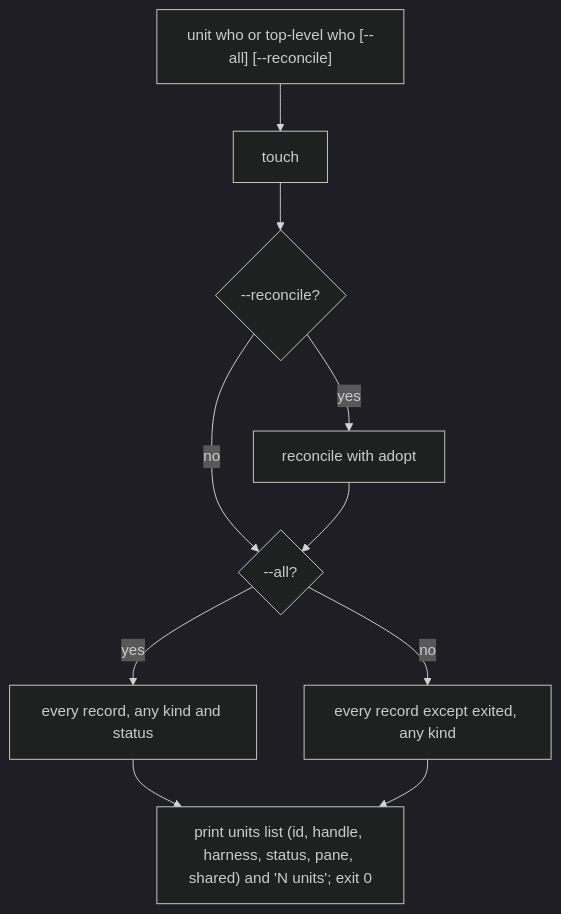
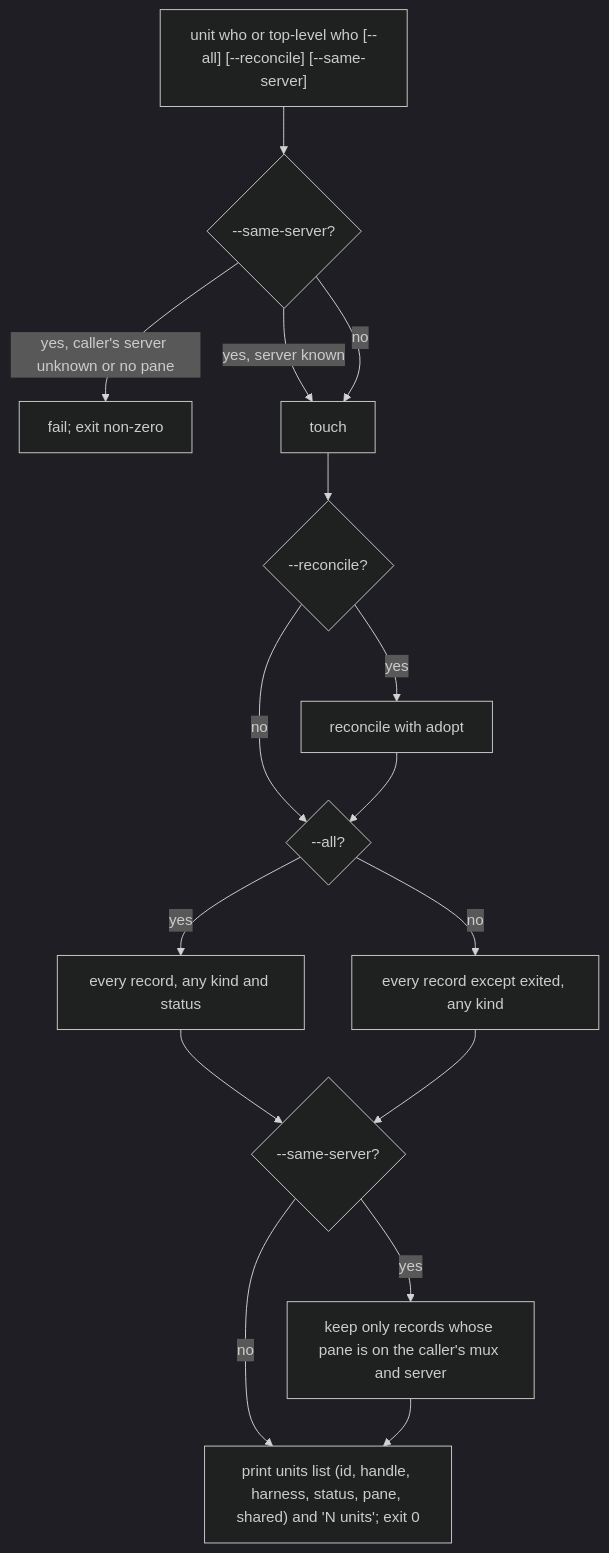
Before and after one commit to cyberuni/cyberlegion: the seventh of 13 diagrams in packages/cyberlegion/.agents/spec/unit/registry/README.md, drawn with Mermaid (dark theme). The commit also changed other lines of this file and 15 other files, not shown here.

First line of the commit message:
feat: record the multiplexer server on a unit's pane record (#241)

````diff
--- a/packages/cyberlegion/.agents/spec/unit/registry/README.md
+++ b/packages/cyberlegion/.agents/spec/unit/registry/README.md
@@ -639,12 +658,18 @@
 ```mermaid
 graph TD
-  WH0["unit who or top-level who [--all] [--reconcile]"] --> WH1["touch"]
+  WH0["unit who or top-level who [--all] [--reconcile] [--same-server]"] --> WHS{"--same-server?"}
+  WHS -- "yes, caller's server unknown or no pane" --> WHF["fail; exit non-zero"]
+  WHS -- "yes, server known" --> WH1
+  WHS -- no --> WH1["touch"]
   WH1 --> WH2{"--reconcile?"}
   WH2 -- yes --> WH2R["reconcile with adopt"]
   WH2 -- no --> WH3
   WH2R --> WH3{"--all?"}
   WH3 -- yes --> WH4["every record, any kind and status"]
   WH3 -- no --> WH5["every record except exited, any kind"]
-  WH4 --> WH6["print units list (id, handle, harness, status, pane, shared) and 'N units'; exit 0"]
-  WH5 --> WH6
+  WH4 --> WHK{"--same-server?"}
+  WH5 --> WHK
+  WHK -- yes --> WHL["keep only records whose pane is on the caller's mux and server"]
+  WHK -- no --> WH6["print units list (id, handle, harness, status, pane, shared) and 'N units'; exit 0"]
+  WHL --> WH6
 ```
````
